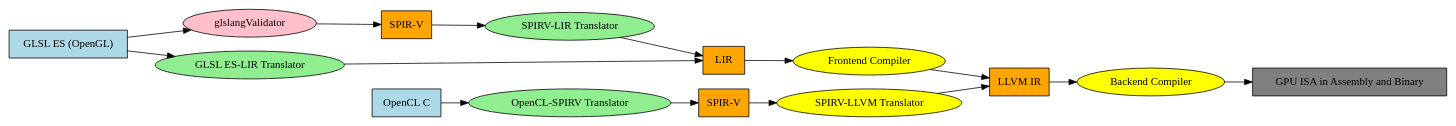
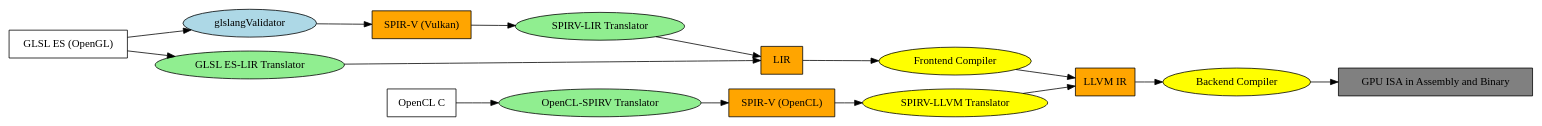
Before and after one commit to Jonathan2251/ws: the diagram in images/Hisilicon.gv, drawn with Graphviz. The commit also changed 1 other file, not shown here.

```diff
--- a/images/Hisilicon.gv
+++ b/images/Hisilicon.gv
@@ -1,39 +1,37 @@
 digraph ShaderToLLVMIR {
     rankdir=LR;
     node [shape=record, style=filled, color=black];
 
     // Source Languages
-    GLSL [label="GLSL ES (OpenGL)", fillcolor=lightblue];
-    OpenCL_C [label="OpenCL C", fillcolor=lightblue];
+    GLSL [label="GLSL ES (OpenGL)", fillcolor=white];
+    OpenCL_C [label="OpenCL C", fillcolor=white];
 
     // Intermediate Representation
-    SPIRV [label="SPIR-V", fillcolor=orange];
-    SPIRV2 [label="SPIR-V", fillcolor=orange];
+    SPIRVG [label="SPIR-V (Vulkan)", fillcolor=orange];
+    SPIRVV [label="SPIR-V (OpenCL)", fillcolor=orange];
 
     LIR [label="LIR", fillcolor=orange];
 
     GPU_ISA [label="GPU ISA in Assembly and Binary", fillcolor=grey];
 
     // LLVM IR
     LLVM_IR [label="LLVM IR", fillcolor=orange];
 
     // Tools with oval shapes
     node [shape=oval, style=filled, fillcolor=lightgreen];
-    Glslang [label="glslangValidator", fillcolor=pink];
+    Glslang [label="glslangValidator", fillcolor=lightblue];
     CL_SPIRV [label="OpenCL-SPIRV Translator"];
     GLSL_LIR [label="GLSL ES-LIR Translator"];
     SPIRV_LIR [label="SPIRV-LIR Translator"];
 
     // Tools with oval shapes
     node [shape=oval, style=filled, fillcolor=yellow];
     LIR_LLVM [label="Frontend Compiler"];
     SPIRV_LLVM [label="SPIRV-LLVM Translator"];
     LLVMCompiler [label="Backend Compiler"];
 
     // Edges
     GLSL -> GLSL_LIR -> LIR -> LIR_LLVM -> LLVM_IR;
-    GLSL -> Glslang -> SPIRV -> SPIRV_LIR -> LIR;
-    OpenCL_C -> CL_SPIRV -> SPIRV2;
-    SPIRV2 -> SPIRV_LLVM -> LLVM_IR;
-    LLVM_IR -> LLVMCompiler -> GPU_ISA;
+    GLSL -> Glslang -> SPIRVG -> SPIRV_LIR -> LIR;
+    OpenCL_C -> CL_SPIRV -> SPIRVV ->  SPIRV_LLVM -> LLVM_IR -> LLVMCompiler -> GPU_ISA;
 }
```
